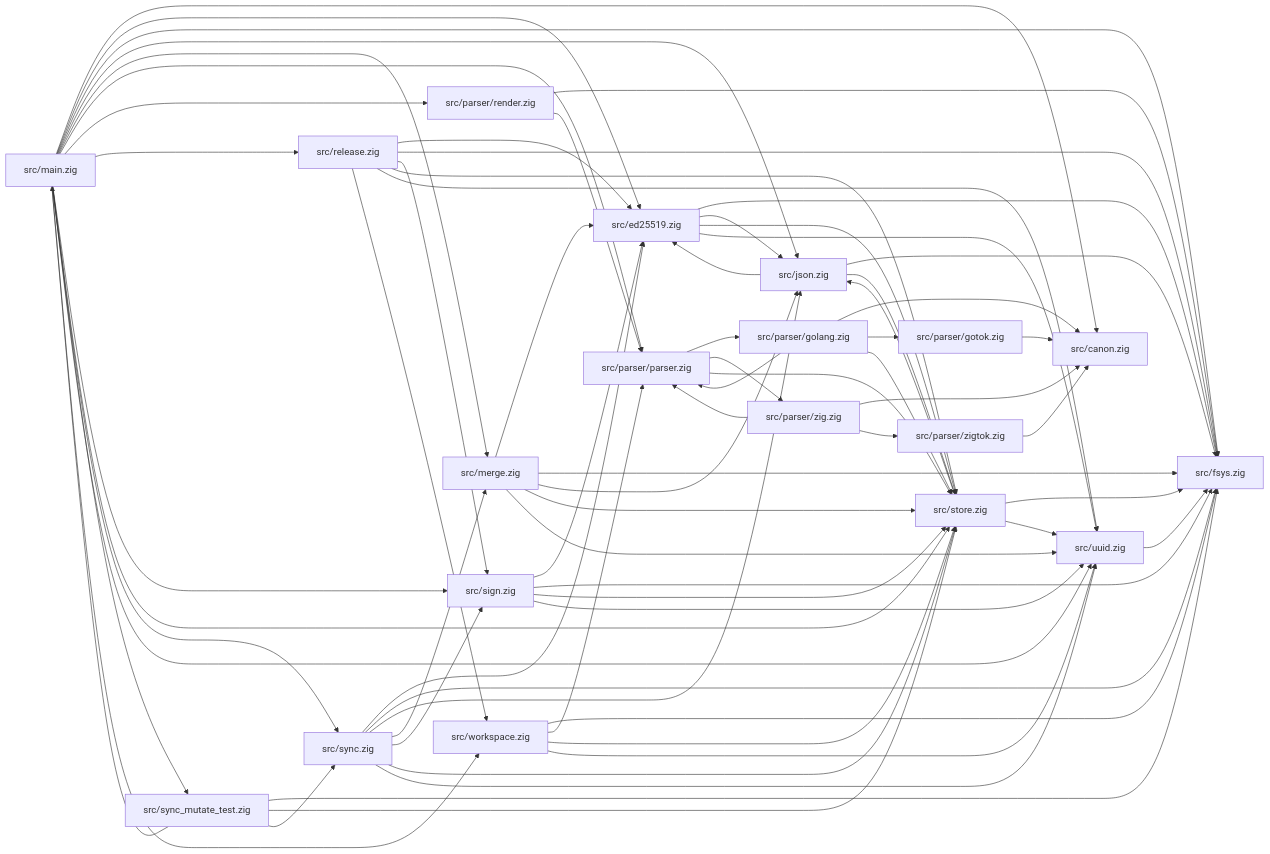
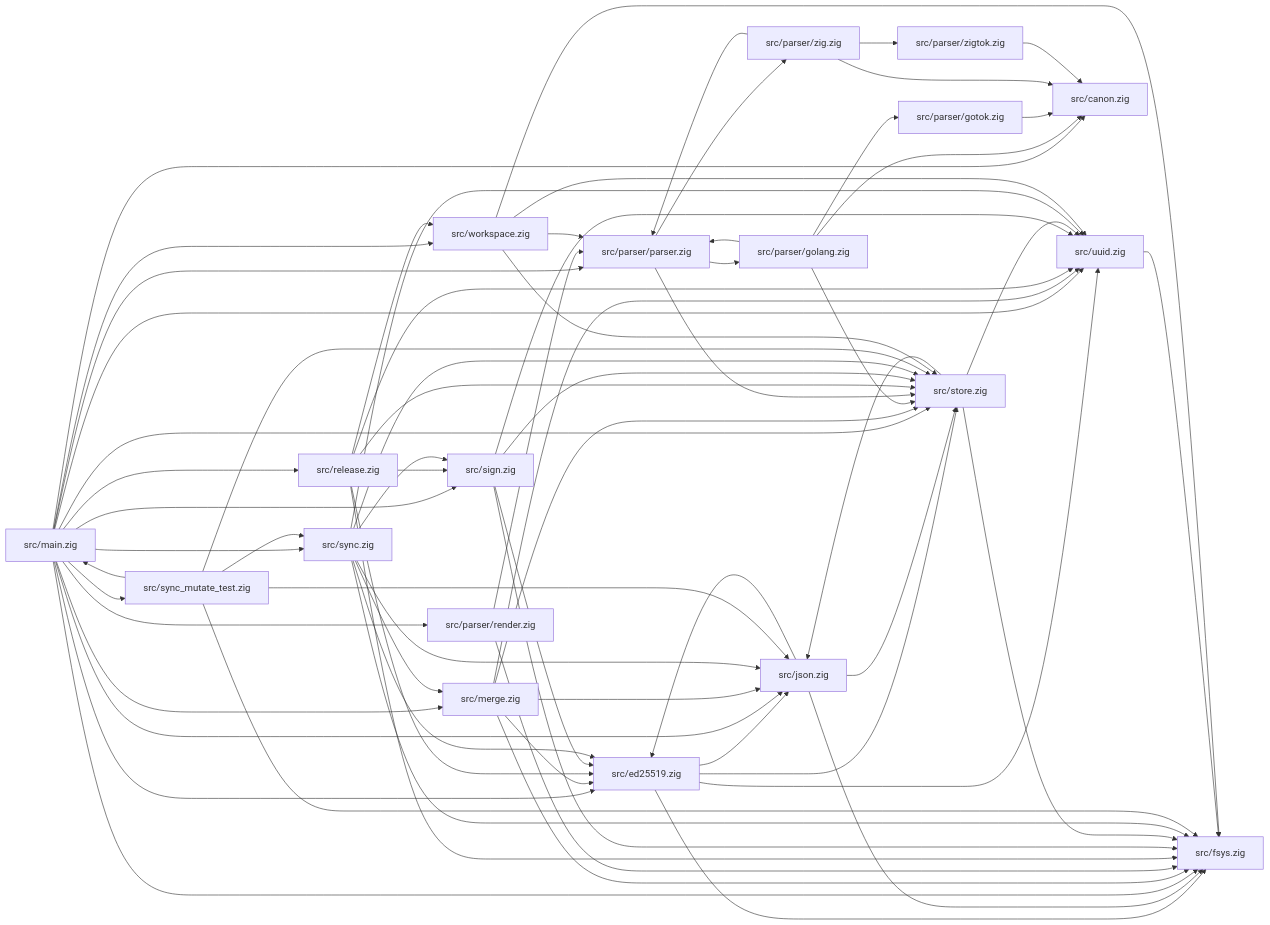
One commit to drawmeanelephant/flint-client changed the diagram in docs/module-map.md. Above: the diagram before and after it, drawn with Mermaid. The commit also changed 3 other files, not shown here.

````diff
--- a/docs/module-map.md
+++ b/docs/module-map.md
@@ -7,72 +7,73 @@
 ```mermaid
 flowchart LR
   src_ed25519_zig["src/ed25519.zig"] --> src_fsys_zig["src/fsys.zig"]
   src_ed25519_zig["src/ed25519.zig"] --> src_json_zig["src/json.zig"]
   src_ed25519_zig["src/ed25519.zig"] --> src_store_zig["src/store.zig"]
   src_ed25519_zig["src/ed25519.zig"] --> src_uuid_zig["src/uuid.zig"]
   src_json_zig["src/json.zig"] --> src_ed25519_zig["src/ed25519.zig"]
   src_json_zig["src/json.zig"] --> src_fsys_zig["src/fsys.zig"]
   src_json_zig["src/json.zig"] --> src_store_zig["src/store.zig"]
   src_main_zig["src/main.zig"] --> src_canon_zig["src/canon.zig"]
   src_main_zig["src/main.zig"] --> src_ed25519_zig["src/ed25519.zig"]
   src_main_zig["src/main.zig"] --> src_fsys_zig["src/fsys.zig"]
   src_main_zig["src/main.zig"] --> src_json_zig["src/json.zig"]
   src_main_zig["src/main.zig"] --> src_merge_zig["src/merge.zig"]
   src_main_zig["src/main.zig"] --> src_parser_parser_zig["src/parser/parser.zig"]
   src_main_zig["src/main.zig"] --> src_parser_render_zig["src/parser/render.zig"]
   src_main_zig["src/main.zig"] --> src_release_zig["src/release.zig"]
   src_main_zig["src/main.zig"] --> src_sign_zig["src/sign.zig"]
   src_main_zig["src/main.zig"] --> src_store_zig["src/store.zig"]
   src_main_zig["src/main.zig"] --> src_sync_zig["src/sync.zig"]
   src_main_zig["src/main.zig"] --> src_sync_mutate_test_zig["src/sync_mutate_test.zig"]
   src_main_zig["src/main.zig"] --> src_uuid_zig["src/uuid.zig"]
   src_main_zig["src/main.zig"] --> src_workspace_zig["src/workspace.zig"]
   src_merge_zig["src/merge.zig"] --> src_ed25519_zig["src/ed25519.zig"]
   src_merge_zig["src/merge.zig"] --> src_fsys_zig["src/fsys.zig"]
   src_merge_zig["src/merge.zig"] --> src_json_zig["src/json.zig"]
   src_merge_zig["src/merge.zig"] --> src_store_zig["src/store.zig"]
   src_merge_zig["src/merge.zig"] --> src_uuid_zig["src/uuid.zig"]
   src_parser_golang_zig["src/parser/golang.zig"] --> src_canon_zig["src/canon.zig"]
   src_parser_golang_zig["src/parser/golang.zig"] --> src_parser_gotok_zig["src/parser/gotok.zig"]
   src_parser_golang_zig["src/parser/golang.zig"] --> src_parser_parser_zig["src/parser/parser.zig"]
   src_parser_golang_zig["src/parser/golang.zig"] --> src_store_zig["src/store.zig"]
   src_parser_gotok_zig["src/parser/gotok.zig"] --> src_canon_zig["src/canon.zig"]
   src_parser_parser_zig["src/parser/parser.zig"] --> src_parser_golang_zig["src/parser/golang.zig"]
   src_parser_parser_zig["src/parser/parser.zig"] --> src_parser_zig_zig["src/parser/zig.zig"]
   src_parser_parser_zig["src/parser/parser.zig"] --> src_store_zig["src/store.zig"]
   src_parser_render_zig["src/parser/render.zig"] --> src_fsys_zig["src/fsys.zig"]
   src_parser_render_zig["src/parser/render.zig"] --> src_parser_parser_zig["src/parser/parser.zig"]
   src_parser_zig_zig["src/parser/zig.zig"] --> src_canon_zig["src/canon.zig"]
   src_parser_zig_zig["src/parser/zig.zig"] --> src_parser_parser_zig["src/parser/parser.zig"]
   src_parser_zig_zig["src/parser/zig.zig"] --> src_parser_zigtok_zig["src/parser/zigtok.zig"]
   src_parser_zigtok_zig["src/parser/zigtok.zig"] --> src_canon_zig["src/canon.zig"]
   src_release_zig["src/release.zig"] --> src_ed25519_zig["src/ed25519.zig"]
   src_release_zig["src/release.zig"] --> src_fsys_zig["src/fsys.zig"]
   src_release_zig["src/release.zig"] --> src_sign_zig["src/sign.zig"]
   src_release_zig["src/release.zig"] --> src_store_zig["src/store.zig"]
   src_release_zig["src/release.zig"] --> src_uuid_zig["src/uuid.zig"]
   src_release_zig["src/release.zig"] --> src_workspace_zig["src/workspace.zig"]
   src_sign_zig["src/sign.zig"] --> src_ed25519_zig["src/ed25519.zig"]
   src_sign_zig["src/sign.zig"] --> src_fsys_zig["src/fsys.zig"]
   src_sign_zig["src/sign.zig"] --> src_store_zig["src/store.zig"]
   src_sign_zig["src/sign.zig"] --> src_uuid_zig["src/uuid.zig"]
   src_store_zig["src/store.zig"] --> src_fsys_zig["src/fsys.zig"]
   src_store_zig["src/store.zig"] --> src_json_zig["src/json.zig"]
   src_store_zig["src/store.zig"] --> src_uuid_zig["src/uuid.zig"]
   src_sync_zig["src/sync.zig"] --> src_ed25519_zig["src/ed25519.zig"]
   src_sync_zig["src/sync.zig"] --> src_fsys_zig["src/fsys.zig"]
   src_sync_zig["src/sync.zig"] --> src_json_zig["src/json.zig"]
   src_sync_zig["src/sync.zig"] --> src_merge_zig["src/merge.zig"]
   src_sync_zig["src/sync.zig"] --> src_sign_zig["src/sign.zig"]
   src_sync_zig["src/sync.zig"] --> src_store_zig["src/store.zig"]
   src_sync_zig["src/sync.zig"] --> src_uuid_zig["src/uuid.zig"]
   src_sync_mutate_test_zig["src/sync_mutate_test.zig"] --> src_fsys_zig["src/fsys.zig"]
+  src_sync_mutate_test_zig["src/sync_mutate_test.zig"] --> src_json_zig["src/json.zig"]
   src_sync_mutate_test_zig["src/sync_mutate_test.zig"] --> src_main_zig["src/main.zig"]
   src_sync_mutate_test_zig["src/sync_mutate_test.zig"] --> src_store_zig["src/store.zig"]
   src_sync_mutate_test_zig["src/sync_mutate_test.zig"] --> src_sync_zig["src/sync.zig"]
   src_uuid_zig["src/uuid.zig"] --> src_fsys_zig["src/fsys.zig"]
   src_workspace_zig["src/workspace.zig"] --> src_fsys_zig["src/fsys.zig"]
   src_workspace_zig["src/workspace.zig"] --> src_parser_parser_zig["src/parser/parser.zig"]
   src_workspace_zig["src/workspace.zig"] --> src_store_zig["src/store.zig"]
   src_workspace_zig["src/workspace.zig"] --> src_uuid_zig["src/uuid.zig"]
 ```
````
